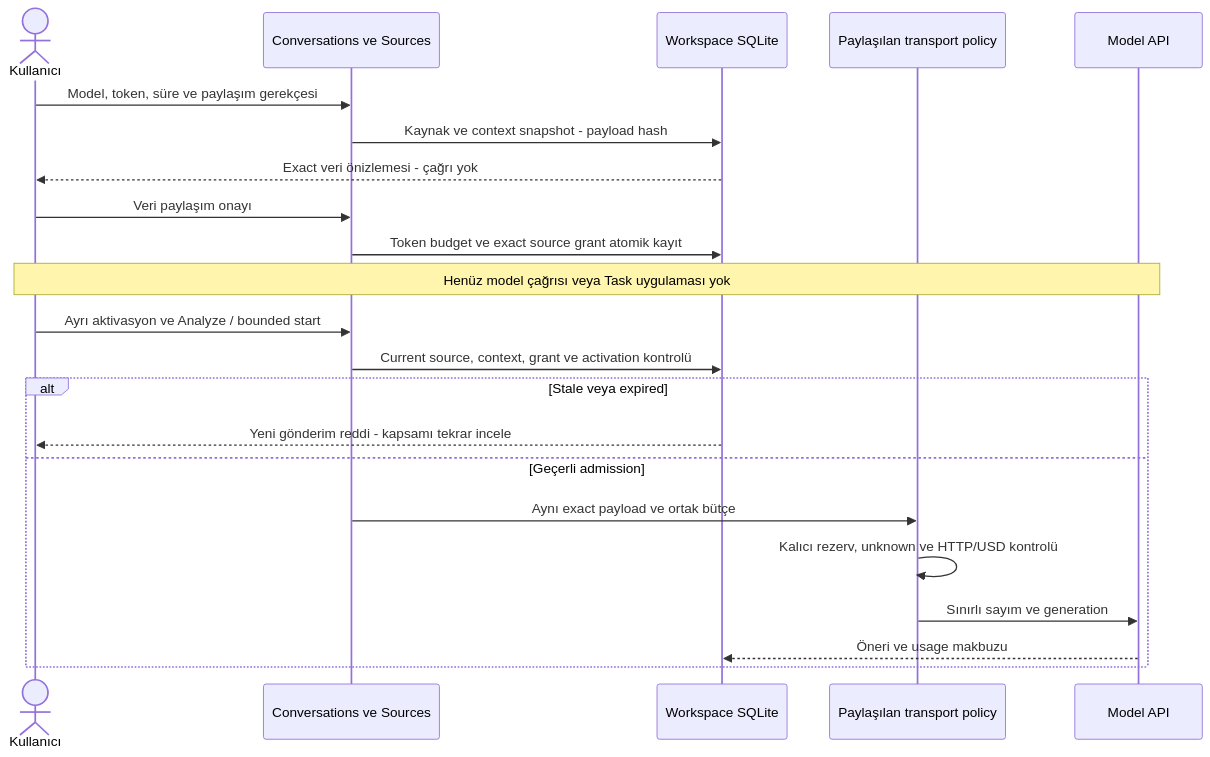
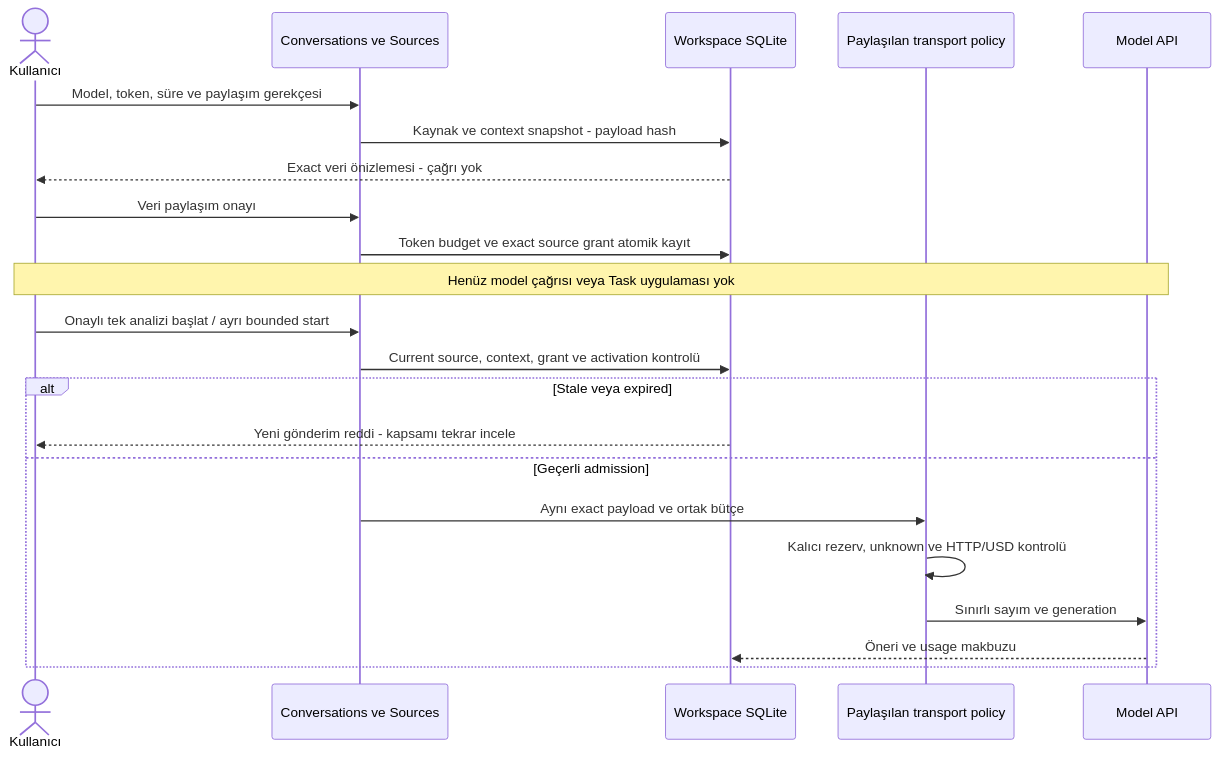
Before and after one commit to alphanAkbulut/decivora: the first of 2 diagrams in docs/architecture/source-sharing-and-first-review.md, drawn with Mermaid. The commit also changed other lines of this file and 13 other files, not shown here.

Commit message:
Connect approved source analysis to bounded queue and review flow

````diff
--- a/docs/architecture/source-sharing-and-first-review.md
+++ b/docs/architecture/source-sharing-and-first-review.md
@@ -26,26 +26,26 @@
 ```mermaid
 sequenceDiagram
   accTitle: Kaynağın paylaşım onayından ayrı model gönderimine
   accDescr: Önizleme yereldir. Kaynak ve proje bağlamının exact onayı grant üretir; aktivasyon ve dispatch ayrıca gerekir. Güncellik veya süre değişirse yeni gönderim reddedilir.
   actor H as Kullanıcı
   participant UI as Conversations ve Sources
   participant D as Workspace SQLite
   participant P as Paylaşılan transport policy
   participant M as Model API
   H->>UI: Model, token, süre ve paylaşım gerekçesi
   UI->>D: Kaynak ve context snapshot - payload hash
   D-->>H: Exact veri önizlemesi - çağrı yok
   H->>UI: Veri paylaşım onayı
   UI->>D: Token budget ve exact source grant atomik kayıt
   Note over H,M: Henüz model çağrısı veya Task uygulaması yok
-  H->>UI: Ayrı aktivasyon ve Analyze / bounded start
+  H->>UI: Onaylı tek analizi başlat / ayrı bounded start
   UI->>D: Current source, context, grant ve activation kontrolü
   alt Stale veya expired
     D-->>H: Yeni gönderim reddi - kapsamı tekrar incele
   else Geçerli admission
     UI->>P: Aynı exact payload ve ortak bütçe
     P->>P: Kalıcı rezerv, unknown ve HTTP/USD kontrolü
     P->>M: Sınırlı sayım ve generation
     M-->>D: Öneri ve usage makbuzu
   end
 ```
````
